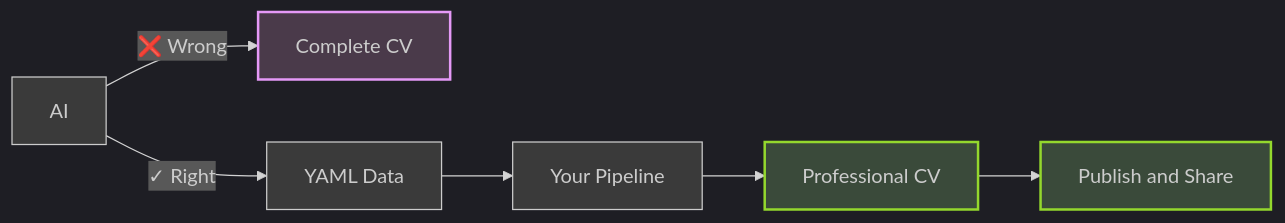
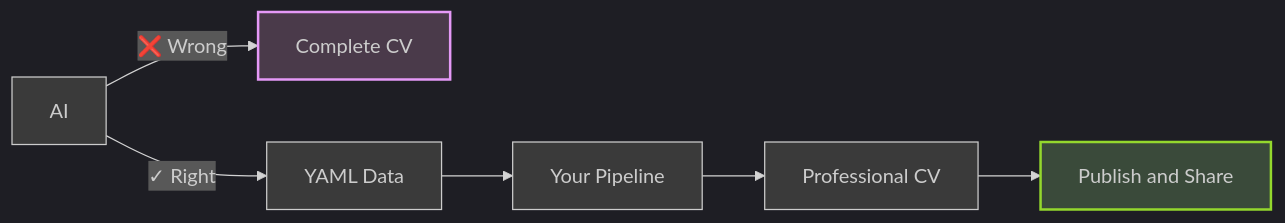
The first of 2 diagrams in README.md (acudworth3/resume-experiment), drawn with Mermaid before and after one commit. The commit also changed other lines of this file and 1 other file, not shown here.

````diff
--- a/README.md
+++ b/README.md
@@ -11,13 +11,12 @@
 ```mermaid
 %%{init: {"theme": "dark", "themeVariables": {"darkMode": true, "background": "#2b2b2b", "mainBkg": "#3a3a3a", "secondBkg": "#4a4a4a"}}}%%
 graph LR
     A[AI] -->|❌ Wrong| B[Complete CV]
     A -->|✓ Right| C[YAML Data]
     C --> D[Your Pipeline]
     D --> E[Professional CV]
     E --> F[Publish and Share]
 
     style B fill:#4a3a4a,stroke:#e599f7,stroke-width:2px
-    style E fill:#3a4a3a,stroke:#94d82d,stroke-width:2px
     style F fill:#3a4a3a,stroke:#94d82d,stroke-width:2px
 ```
````
